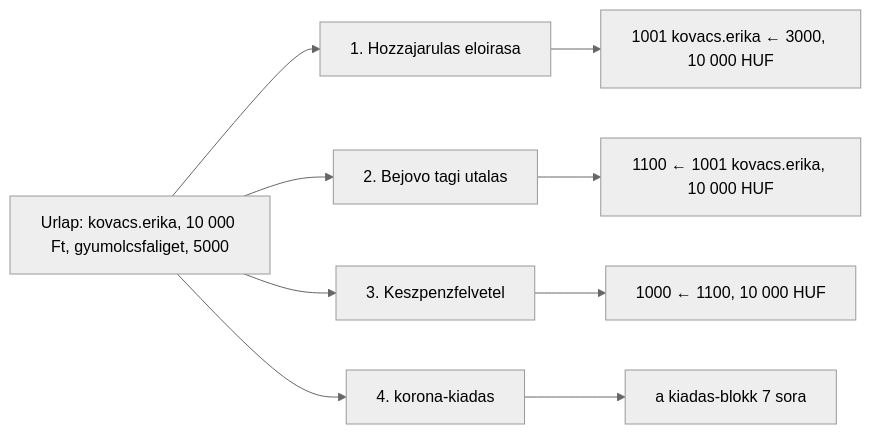
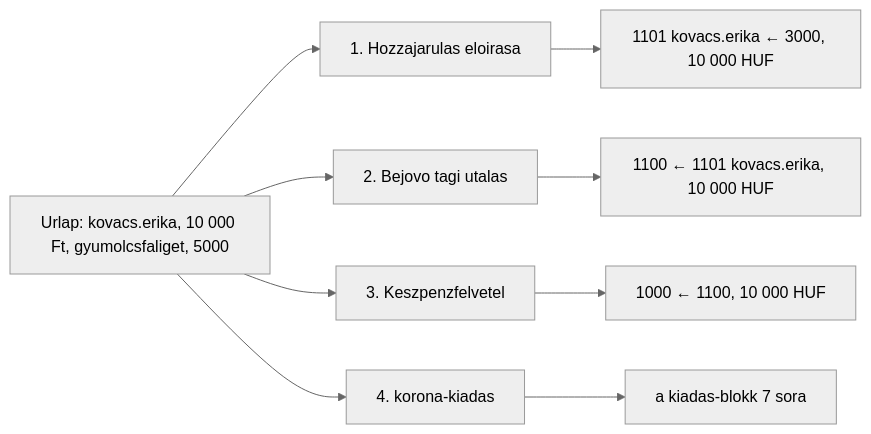
One commit to pitiboy/curr changed diagram 16 of 17 in docs/transaction-workflow.md. Above: the diagram before and after it, drawn with Mermaid (neutral theme). The commit also changed other lines of this file and 8 other files, not shown here.

````diff
--- a/docs/transaction-workflow.md
+++ b/docs/transaction-workflow.md
@@ -689,17 +757,17 @@
 ```mermaid
 flowchart LR
   formNode["Urlap: kovacs.erika, 10 000 Ft, gyumolcsfaliget, 5000"]
   eloiras["1. Hozzajarulas eloirasa"]
   utalas["2. Bejovo tagi utalas"]
   felv["3. Keszpenzfelvetel"]
   blokk["4. korona-kiadas"]
-  sor0["1001 kovacs.erika ← 3000, 10 000 HUF"]
-  sor1["1100 ← 1001 kovacs.erika, 10 000 HUF"]
+  sor0["1101 kovacs.erika ← 3000, 10 000 HUF"]
+  sor1["1100 ← 1101 kovacs.erika, 10 000 HUF"]
   sor2["1000 ← 1100, 10 000 HUF"]
   sorok["a kiadas-blokk 7 sora"]
 
   formNode --> eloiras --> sor0
   formNode --> utalas --> sor1
   formNode --> felv --> sor2
   formNode --> blokk --> sorok
 ```
````
